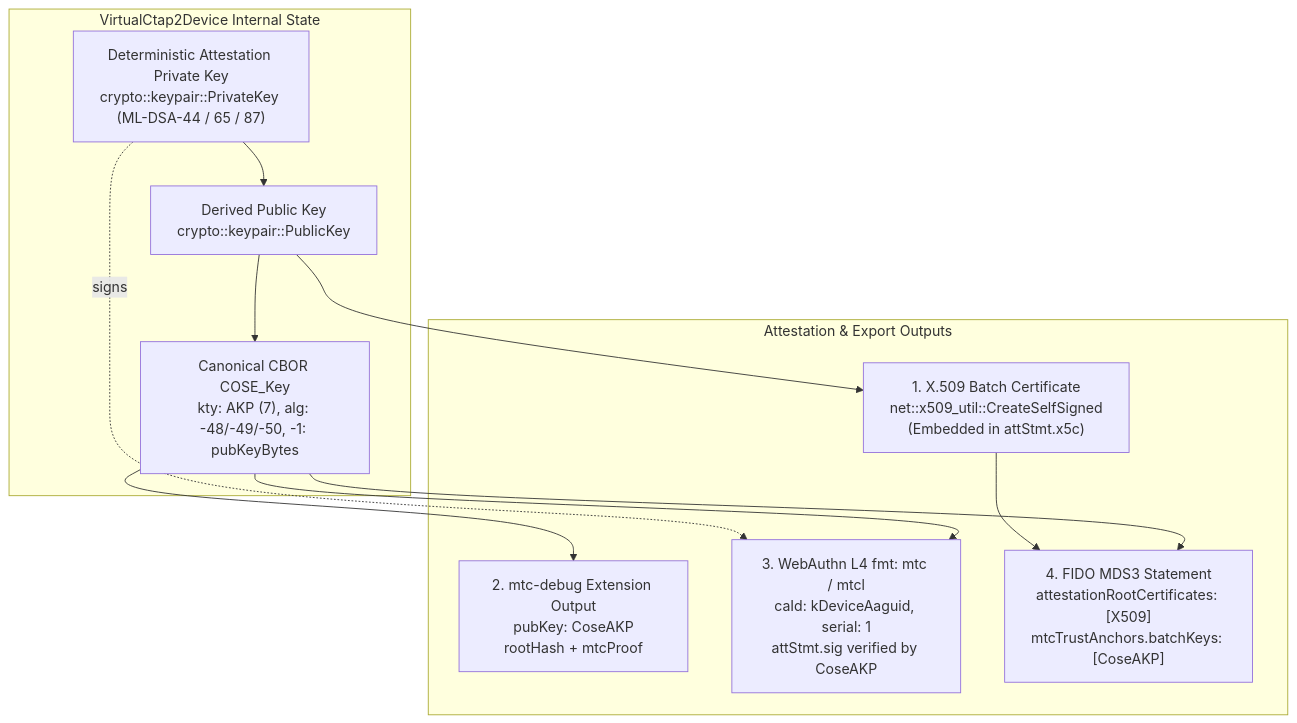
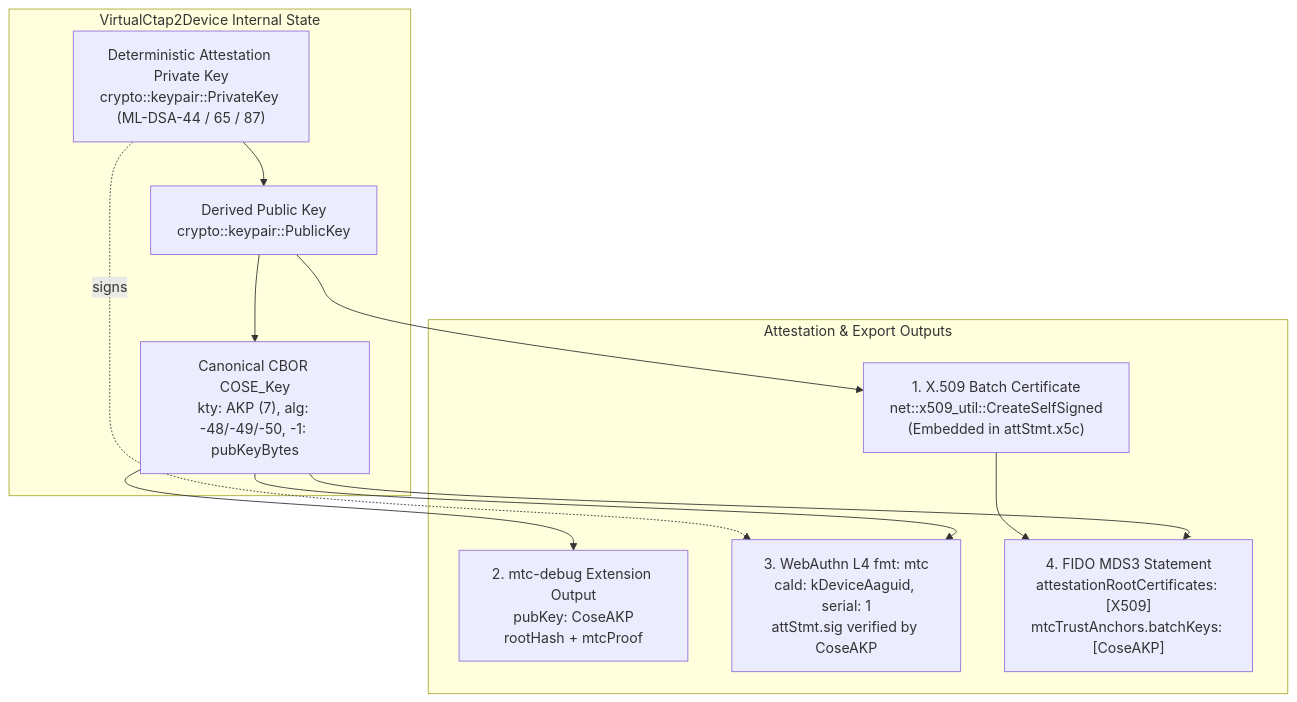
The second of 2 diagrams in chromium_pqc_mtc_virtual_authenticator.md (ve7jtb/ve7jtb.github.io), drawn with Mermaid before and after one commit. The commit also changed other lines of this file and 1 other file, not shown here.

Commit message:
docs: remove format mtcl, support only fmt mtc, and include all 4 algorithms in MDS

````diff
--- a/chromium_pqc_mtc_virtual_authenticator.md
+++ b/chromium_pqc_mtc_virtual_authenticator.md
@@ -57,23 +63,23 @@
 ```mermaid
 flowchart TD
     subgraph Authenticator["VirtualCtap2Device Internal State"]
         PrivKey["Deterministic Attestation Private Key<br/>crypto::keypair::PrivateKey (ML-DSA-44 / 65 / 87)"]
         PubKey["Derived Public Key<br/>crypto::keypair::PublicKey"]
         CoseAKP["Canonical CBOR COSE_Key<br/>kty: AKP (7), alg: -48/-49/-50, -1: pubKeyBytes"]
         PrivKey --> PubKey --> CoseAKP
     end
 
     subgraph Formats["Attestation & Export Outputs"]
         X509["1. X.509 Batch Certificate<br/>net::x509_util::CreateSelfSigned<br/>(Embedded in attStmt.x5c)"]
         MtcDebug["2. mtc-debug Extension Output<br/>pubKey: CoseAKP<br/>rootHash + mtcProof"]
-        MtcStmt["3. WebAuthn L4 fmt: mtc / mtcl<br/>caId: kDeviceAaguid, serial: 1<br/>attStmt.sig verified by CoseAKP"]
+        MtcStmt["3. WebAuthn L4 fmt: mtc<br/>caId: kDeviceAaguid, serial: 1<br/>attStmt.sig verified by CoseAKP"]
         MDS3["4. FIDO MDS3 Statement<br/>attestationRootCertificates: [X509]<br/>mtcTrustAnchors.batchKeys: [CoseAKP]"]
     end
 
     PubKey --> X509
     CoseAKP --> MtcDebug
     PrivKey -. signs .-> MtcStmt
     CoseAKP --> MtcStmt
     X509 --> MDS3
     CoseAKP --> MDS3
 ```
````
